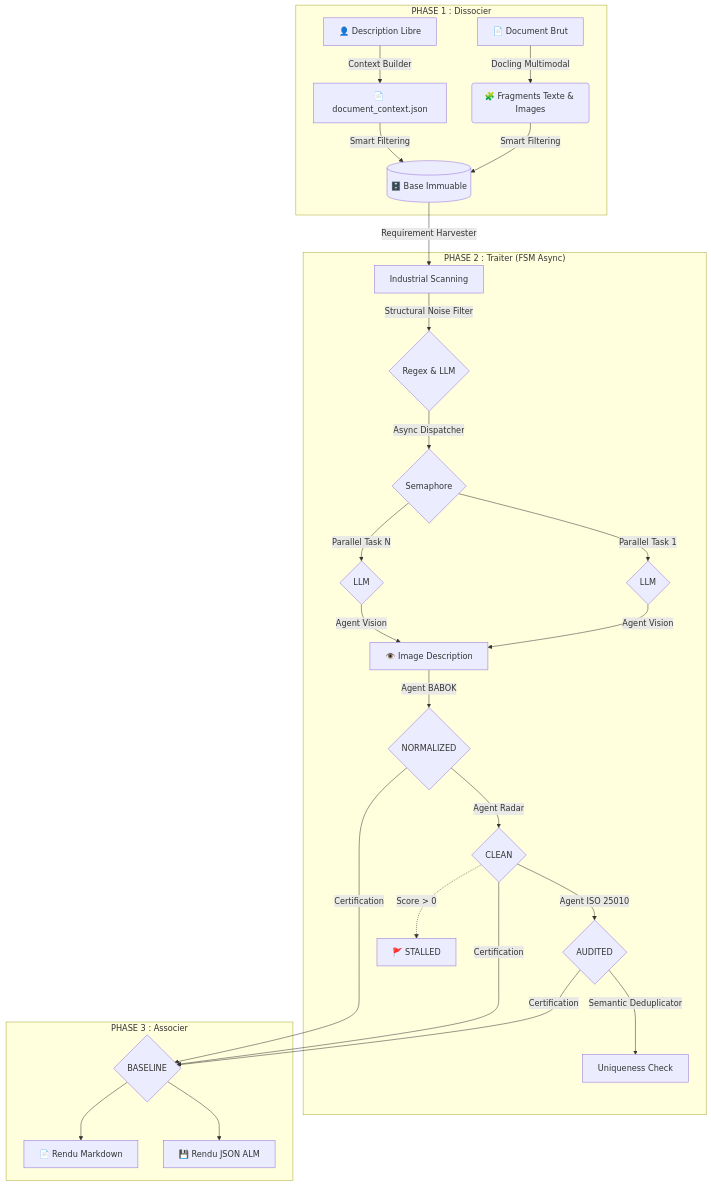
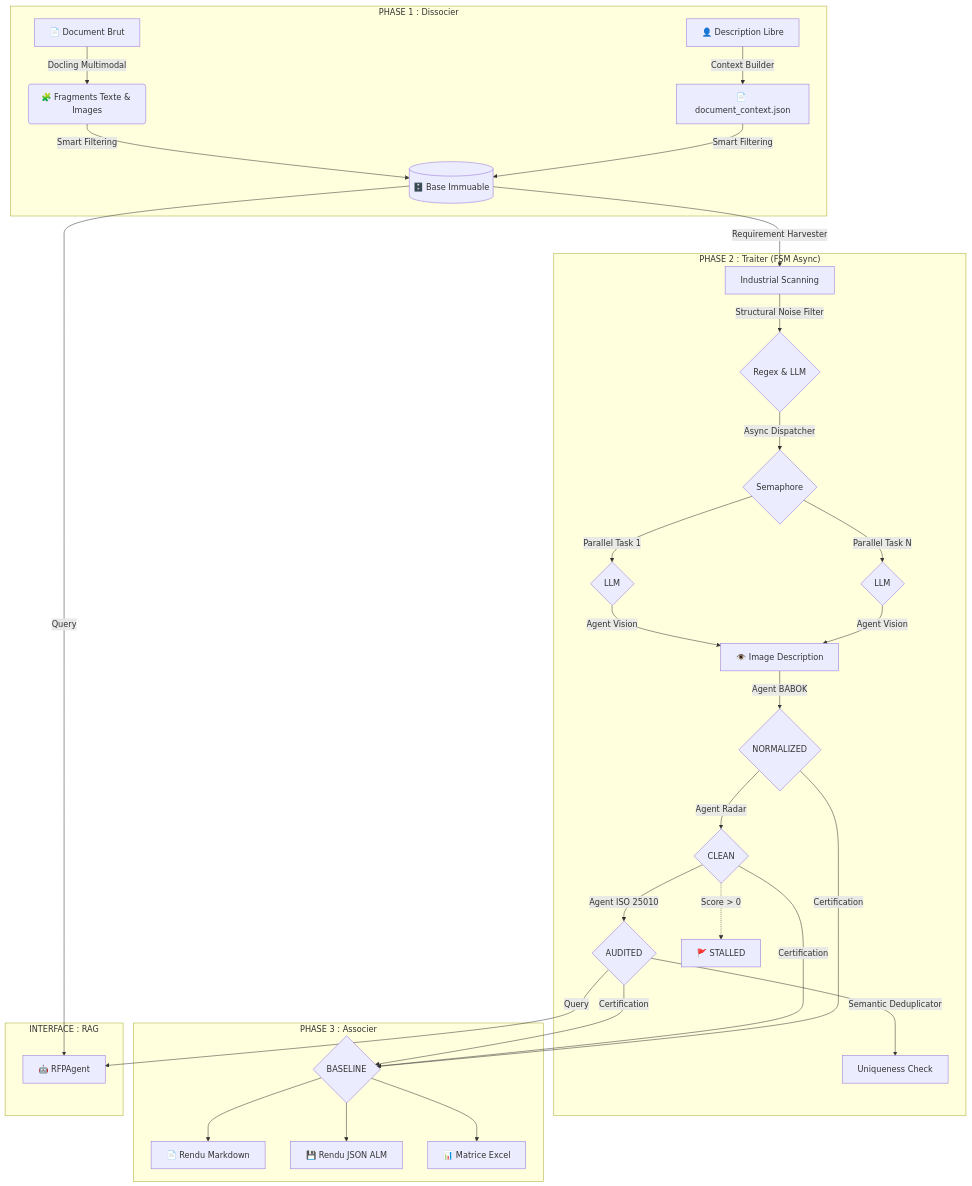
The diagram in ARCHITECTURE.md (RodMan121/rfp-analyse-ia), drawn with Mermaid before and after one commit. The commit also changed other lines of this file and 4 other files, not shown here.

Commit message:
docs: mise à jour complète (README, ARCHITECTURE, GUIDES) et amélioration de l'excel_generator

````diff
--- a/ARCHITECTURE.md
+++ b/ARCHITECTURE.md
@@ -9,28 +9,33 @@
 ```mermaid
 graph TD
     subgraph "PHASE 1 : Dissocier"
         USER[👤 Description Libre] -->|Context Builder| CTX[📄 document_context.json]
         A[📄 Document Brut] -->|Docling Multimodal| B(🧩 Fragments Texte & Images)
         B & CTX -->|Smart Filtering| C[(🗄️ Base Immuable)]
     end
     
     subgraph "PHASE 2 : Traiter (FSM Async)"
         C -->|Requirement Harvester| D[Industrial Scanning]
         D -->|Structural Noise Filter| FILT{Regex & LLM}
         FILT -->|Async Dispatcher| SEM{Semaphore}
         SEM -->|Parallel Task 1| LLM1{LLM}
         SEM -->|Parallel Task N| LLM2{LLM}
         LLM1 & LLM2 -->|Agent Vision| VIS[👁️ Image Description]
         VIS -->|Agent BABOK| E{NORMALIZED}
         E -->|Agent Radar| F{CLEAN}
         F -->|Agent ISO 25010| G{AUDITED}
         G -->|Semantic Deduplicator| DEDUP[Uniqueness Check]
         F -.->|Score > 0| H[🚩 STALLED]
     end
     
     subgraph "PHASE 3 : Associer"
         G & F & E -->|Certification| I{BASELINE}
         I --> J[📄 Rendu Markdown]
         I --> K[💾 Rendu JSON ALM]
+        I --> L[📊 Matrice Excel]
+    end
+
+    subgraph "INTERFACE : RAG"
+        C & G -->|Query| AGENT[🤖 RFPAgent]
     end
 ```
````
